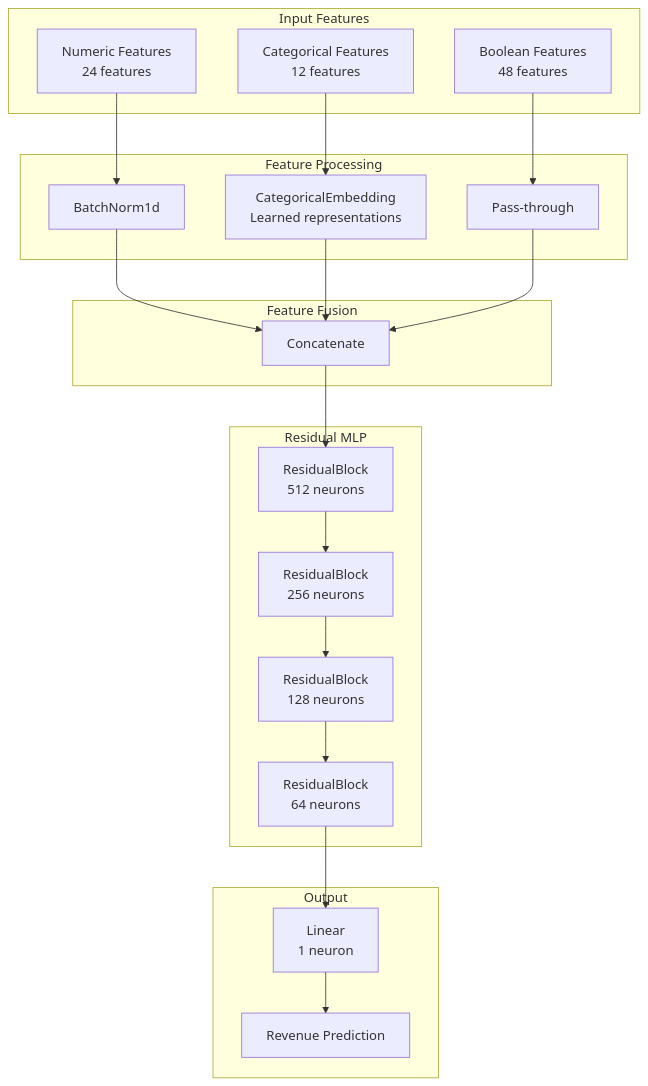
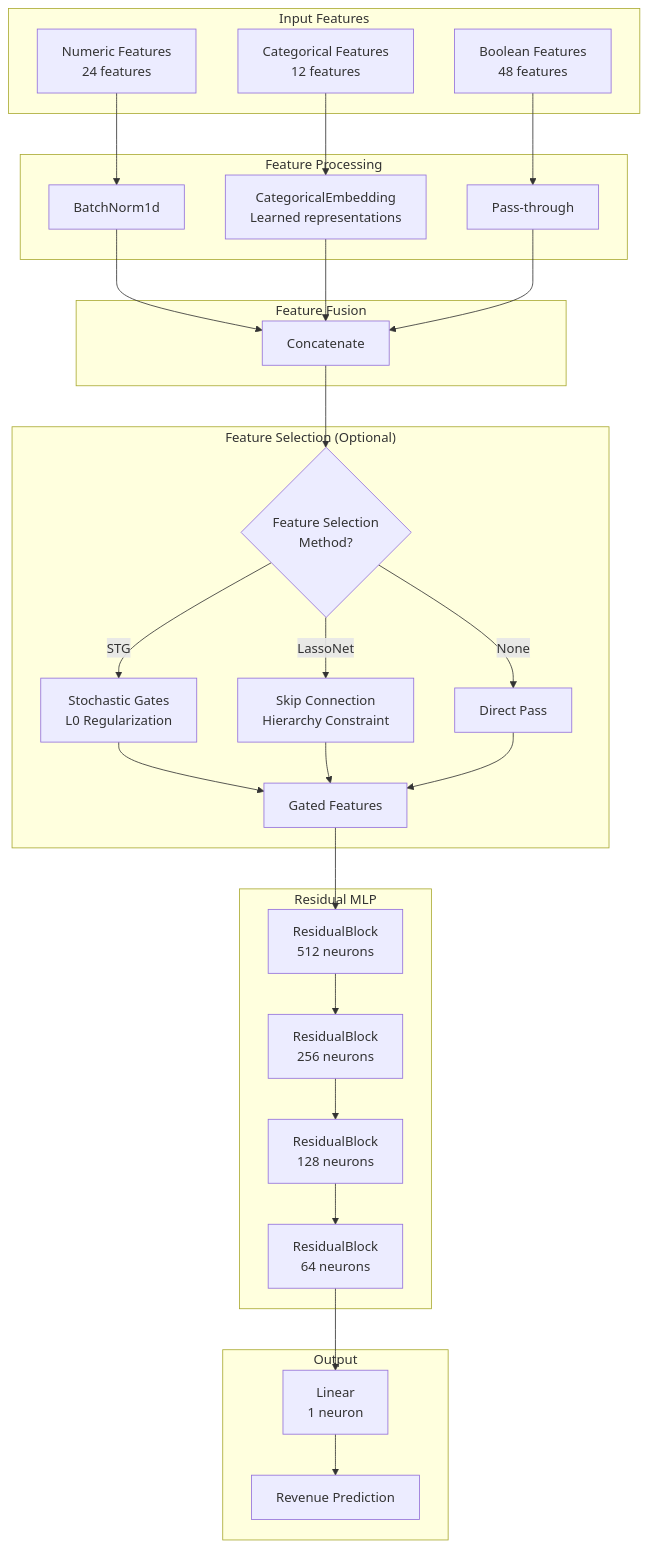
Before and after one commit to GarrettKohler/geovaluation: the ninth of 11 diagrams in docs/ARCHITECTURE.md, drawn with Mermaid. The commit also changed other lines of this file and 127 other files, not shown here.

````diff
--- a/docs/ARCHITECTURE.md
+++ b/docs/ARCHITECTURE.md
@@ -784,33 +842,43 @@
 ```mermaid
 graph TD
     subgraph "Input Features"
         NUM[Numeric Features<br/>24 features]
         CAT[Categorical Features<br/>12 features]
         BOOL[Boolean Features<br/>48 features]
     end
 
     subgraph "Feature Processing"
         NUM --> BN1[BatchNorm1d]
         CAT --> EMB[CategoricalEmbedding<br/>Learned representations]
         BOOL --> PASS[Pass-through]
     end
 
     subgraph "Feature Fusion"
         BN1 --> CONCAT
         EMB --> CONCAT
         PASS --> CONCAT
         CONCAT[Concatenate]
     end
 
+    subgraph "Feature Selection (Optional)"
+        CONCAT --> FS{Feature Selection<br/>Method?}
+        FS -->|STG| STG[Stochastic Gates<br/>L0 Regularization]
+        FS -->|LassoNet| LASSO[Skip Connection<br/>Hierarchy Constraint]
+        FS -->|None| DIRECT[Direct Pass]
+        STG --> GATED
+        LASSO --> GATED
+        DIRECT --> GATED[Gated Features]
+    end
+
     subgraph "Residual MLP"
-        CONCAT --> RB1[ResidualBlock<br/>512 neurons]
+        GATED --> RB1[ResidualBlock<br/>512 neurons]
         RB1 --> RB2[ResidualBlock<br/>256 neurons]
         RB2 --> RB3[ResidualBlock<br/>128 neurons]
         RB3 --> RB4[ResidualBlock<br/>64 neurons]
     end
 
     subgraph "Output"
         RB4 --> OUT[Linear<br/>1 neuron]
         OUT --> PRED[Revenue Prediction]
     end
 ```
````
